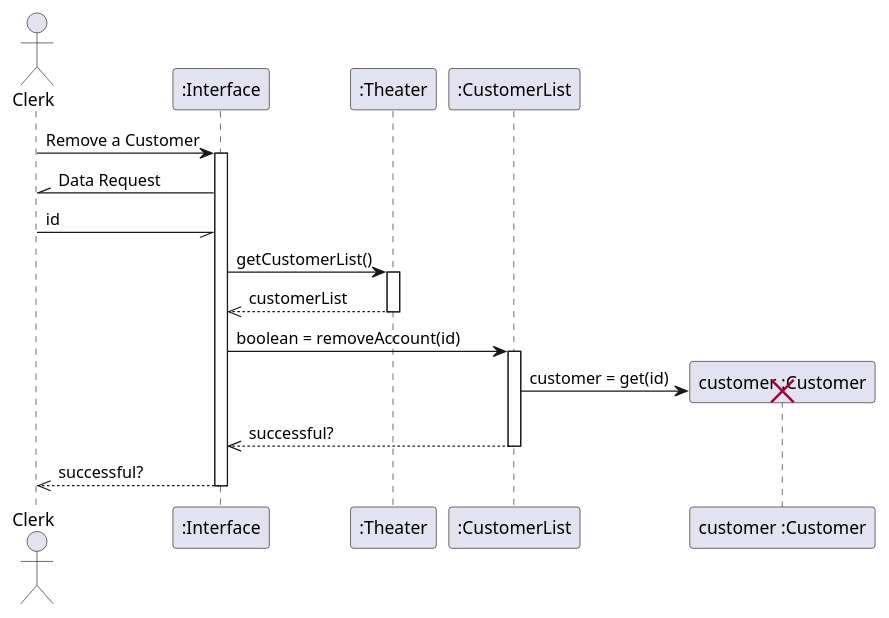
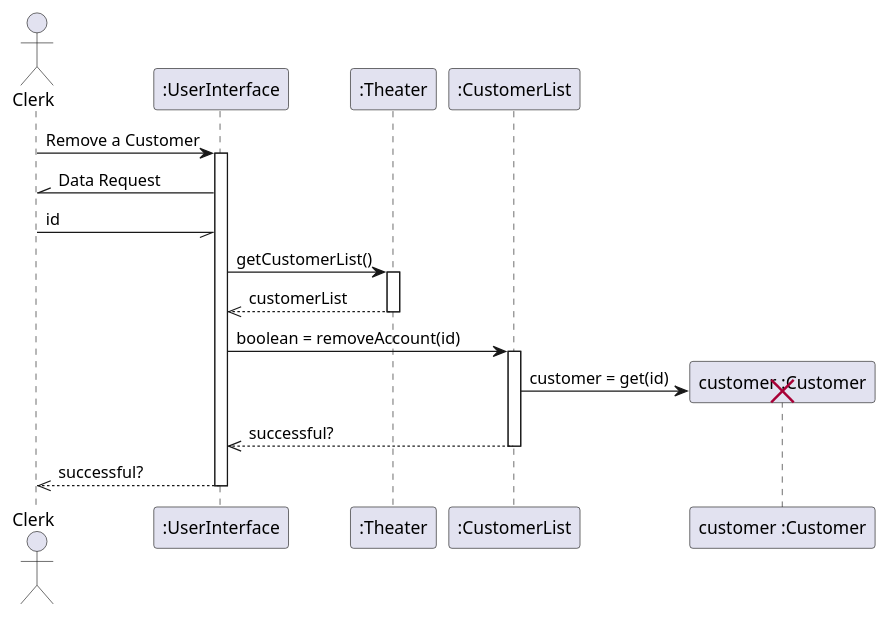
One commit to FreezeWarp/372Groupwork changed the diagram in src/SequenceDiagrams/RemoveCustomer.pu. Above: the diagram before and after it, drawn with PlantUML. The commit also changed 17 other files, not shown here.

First line of the commit message:
Rename Interface to UserInterface

```diff
--- a/src/SequenceDiagrams/RemoveCustomer.pu
+++ b/src/SequenceDiagrams/RemoveCustomer.pu
@@ -1,23 +1,23 @@
 @startuml
 
 actor Clerk
 
-Clerk -> ":Interface" : Remove a Customer
-activate ":Interface"
-Clerk //- ":Interface": Data Request
-Clerk -// ":Interface": id
+Clerk -> ":UserInterface" : Remove a Customer
+activate ":UserInterface"
+Clerk //- ":UserInterface": Data Request
+Clerk -// ":UserInterface": id
 
-":Interface" -> ":Theater" : getCustomerList()
+":UserInterface" -> ":Theater" : getCustomerList()
 activate ":Theater"
-":Theater" -->> ":Interface": customerList
+":Theater" -->> ":UserInterface": customerList
 deactivate ":Theater"
-":Interface" -> ":CustomerList": boolean = removeAccount(id)
+":UserInterface" -> ":CustomerList": boolean = removeAccount(id)
 activate ":CustomerList"
 create "customer :Customer"
 ":CustomerList" -> "customer :Customer": customer = get(id)
 destroy "customer :Customer"
-":CustomerList" -->> ":Interface": successful?
+":CustomerList" -->> ":UserInterface": successful?
 deactivate ":CustomerList"
-":Interface" -->> Clerk: successful?
-deactivate ":Interface"
+":UserInterface" -->> Clerk: successful?
+deactivate ":UserInterface"
 @enduml
```
